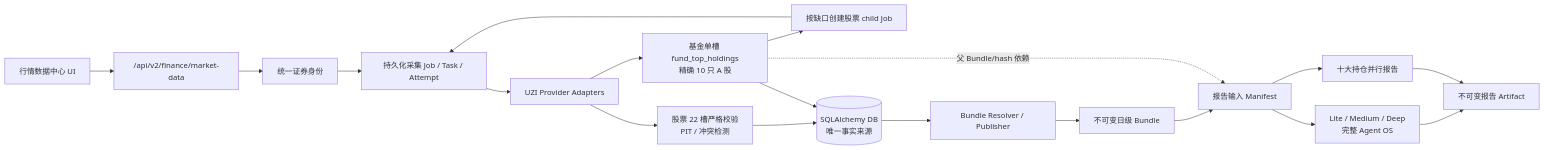
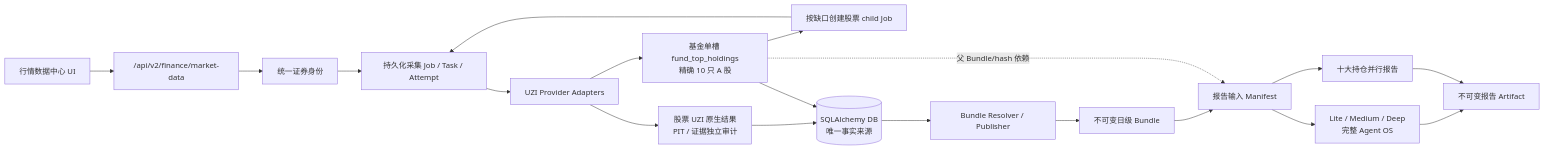
One commit to mingheyuan/Cognitrade changed the diagram in plan/market-data-report-decoupling-plan.md. Above: the diagram before and after it, drawn with Mermaid. The commit also changed other lines of this file and 148 other files, not shown here.

````diff
--- a/plan/market-data-report-decoupling-plan.md
+++ b/plan/market-data-report-decoupling-plan.md
@@ -135,21 +150,21 @@
 ```mermaid
 flowchart LR
     UI["行情数据中心 UI"] --> API["/api/v2/finance/market-data"]
     API --> IDENTITY["统一证券身份"]
     IDENTITY --> JOB["持久化采集 Job / Task / Attempt"]
     JOB --> ADAPTER["UZI Provider Adapters"]
-    ADAPTER --> VALIDATE["股票 22 槽严格校验\nPIT / 冲突检测"]
+    ADAPTER --> VALIDATE["股票 UZI 原生结果\nPIT / 证据独立审计"]
     ADAPTER --> FUND["基金单槽 fund_top_holdings\n精确 10 只 A 股"]
     FUND --> EXPAND["按缺口创建股票 child Job"]
     EXPAND --> JOB
     VALIDATE --> DB[("SQLAlchemy DB\n唯一事实来源")]
     FUND --> DB
     DB --> PUBLISH["Bundle Resolver / Publisher"]
     PUBLISH --> BUNDLE["不可变日级 Bundle"]
     BUNDLE --> MANIFEST["报告输入 Manifest"]
     FUND -.->|父 Bundle/hash 依赖| MANIFEST
     MANIFEST --> AGENT["Lite / Medium / Deep\n完整 Agent OS"]
     MANIFEST --> HOLDINGS["十大持仓并行报告"]
     AGENT --> REPORT["不可变报告 Artifact"]
     HOLDINGS --> REPORT
 ```
````
